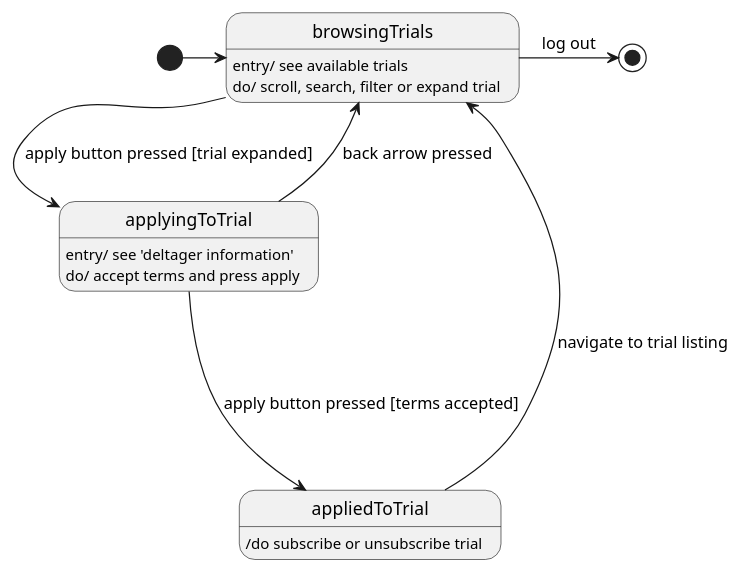
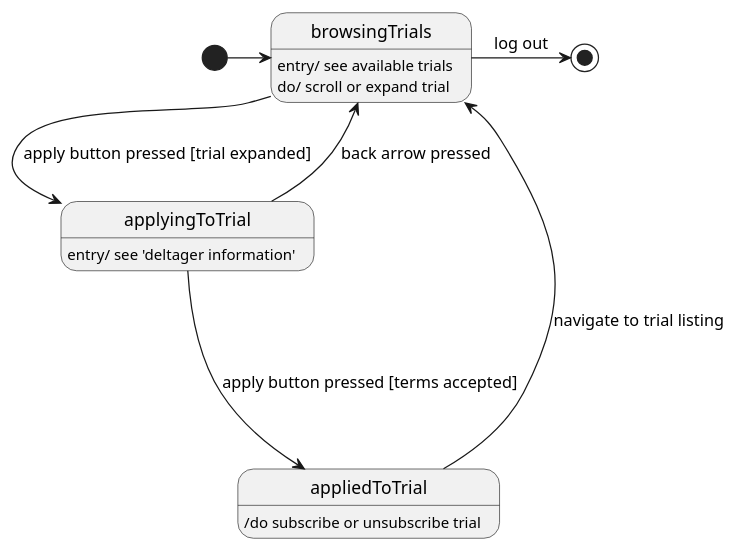
Before and after one commit to MarkBidstrup/PB1: the diagram in PB1ProbeApplication/UML/TrialParticipantStateMachine.puml, drawn with PlantUML.

Commit message:
updated state machine

```diff
--- a/PB1ProbeApplication/UML/TrialParticipantStateMachine.puml
+++ b/PB1ProbeApplication/UML/TrialParticipantStateMachine.puml
@@ -1,17 +1,17 @@
 @startuml
 'https://plantuml.com/state-diagram
 
 [*] -> browsingTrials
 browsingTrials --> applyingToTrial : apply button pressed [trial expanded]
 applyingToTrial --> appliedToTrial : apply button pressed [terms accepted]
 applyingToTrial -> browsingTrials : back arrow pressed
 appliedToTrial ----> browsingTrials : navigate to trial listing
 browsingTrials -> [*] : log out
 
-state browsingTrials : entry/ see available trials\ndo/ scroll, search, filter or expand trial
+state browsingTrials : entry/ see available trials\ndo/ scroll or expand trial
 
-state applyingToTrial : entry/ see 'deltager information'\ndo/ accept terms and press apply
+state applyingToTrial : entry/ see 'deltager information'
 
 state appliedToTrial : /do subscribe or unsubscribe trial
 
 @enduml
```
